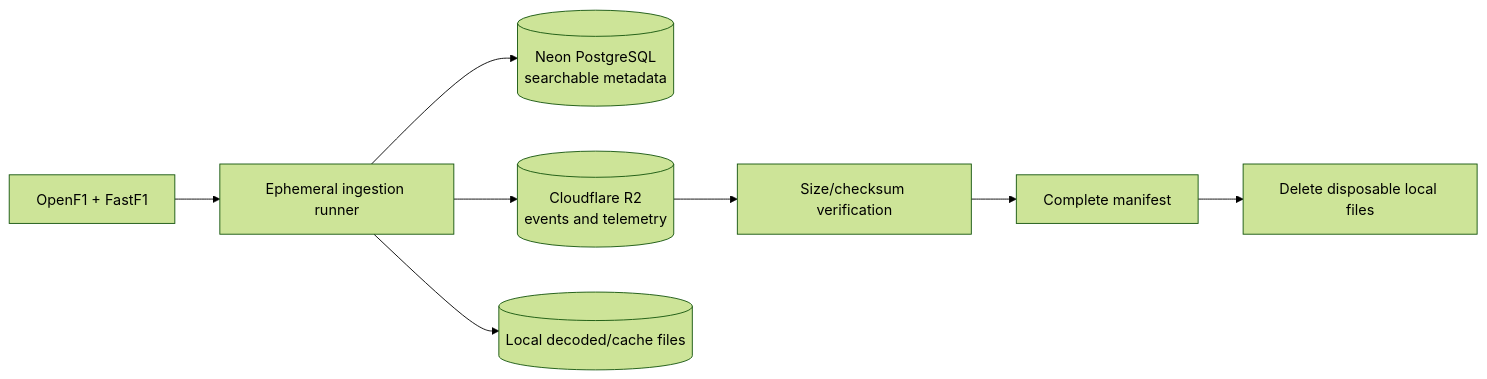
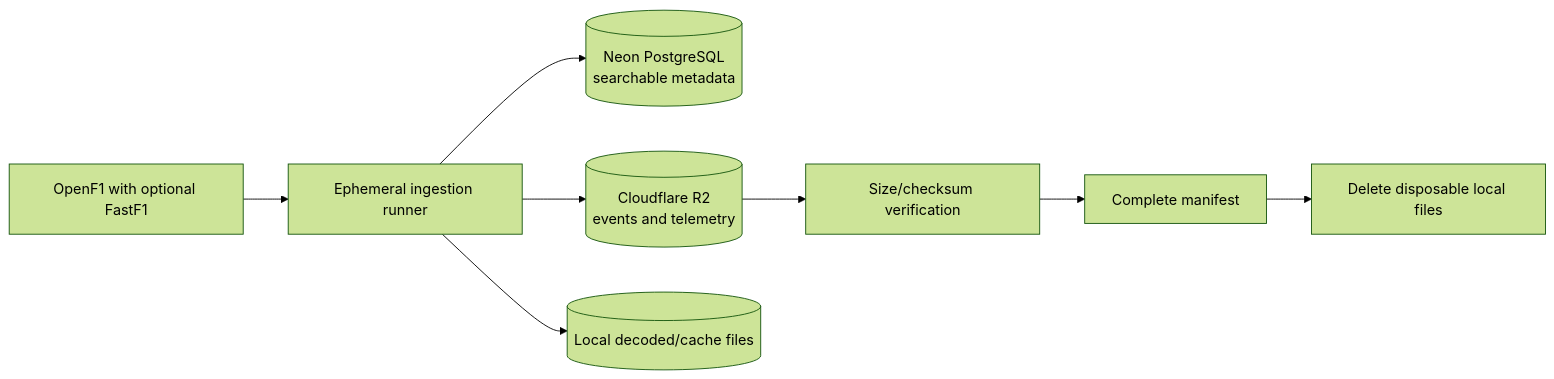
The diagram in docs/cloud-ingestion.md (mohika05/pitwall), drawn with Mermaid (forest theme) before and after one commit. The commit also changed other lines of this file and 11 other files, not shown here.

````diff
--- a/docs/cloud-ingestion.md
+++ b/docs/cloud-ingestion.md
@@ -14,10 +15,10 @@
 ```mermaid
 flowchart LR
-    SRC[OpenF1 + FastF1] --> RUN[Ephemeral ingestion runner]
+    SRC[OpenF1 with optional FastF1] --> RUN[Ephemeral ingestion runner]
     RUN --> DB[(Neon PostgreSQL<br/>searchable metadata)]
     RUN --> R2[(Cloudflare R2<br/>events and telemetry)]
     RUN --> TMP[(Local decoded/cache files)]
     R2 --> VERIFY[Size/checksum verification]
     VERIFY --> MANIFEST[Complete manifest]
     MANIFEST --> CLEAN[Delete disposable local files]
 ```
````
